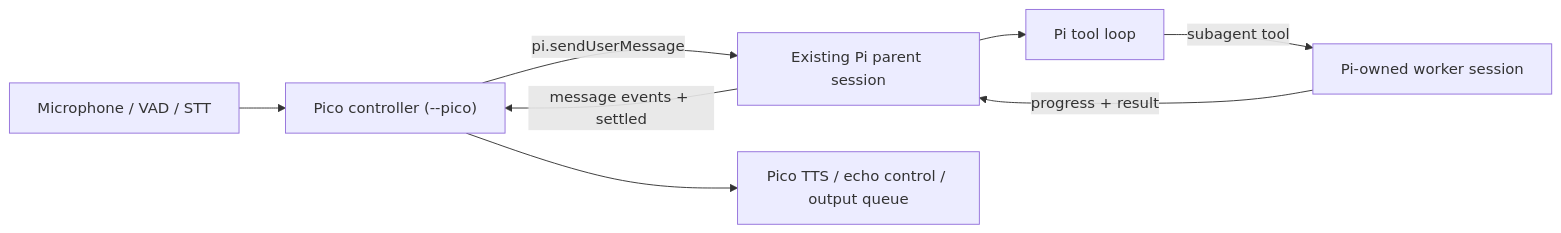
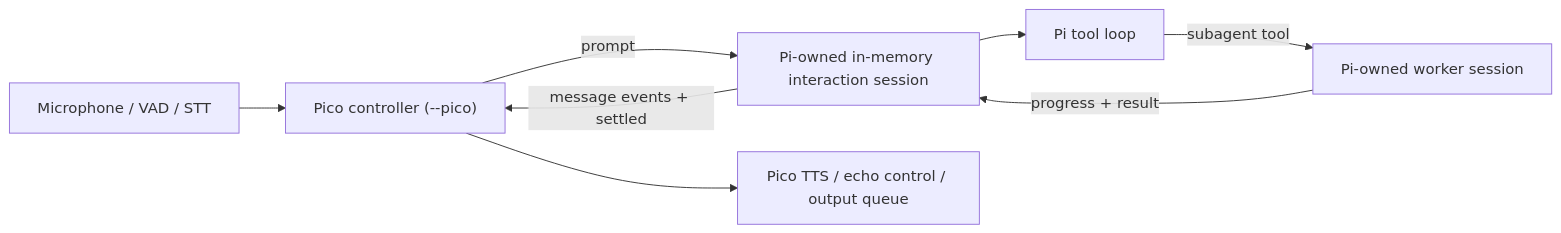
The diagram in docs/superpowers/specs/2026-07-12-pi-host-architecture-recovery-design.md (ToaruPen/pico), drawn with Mermaid before and after one commit. The commit also changed other lines of this file and 124 other files, not shown here.

````diff
--- a/docs/superpowers/specs/2026-07-12-pi-host-architecture-recovery-design.md
+++ b/docs/superpowers/specs/2026-07-12-pi-host-architecture-recovery-design.md
@@ -118,10 +127,10 @@
 ```mermaid
 flowchart LR
     A["Microphone / VAD / STT"] --> B["Pico controller (--pico)"]
-    B -->|"pi.sendUserMessage"| C["Existing Pi parent session"]
+    B -->|"prompt"| C["Pi-owned in-memory interaction session"]
     C --> D["Pi tool loop"]
     D -->|"subagent tool"| E["Pi-owned worker session"]
     E -->|"progress + result"| C
     C -->|"message events + settled"| B
     B --> F["Pico TTS / echo control / output queue"]
 ```
````
